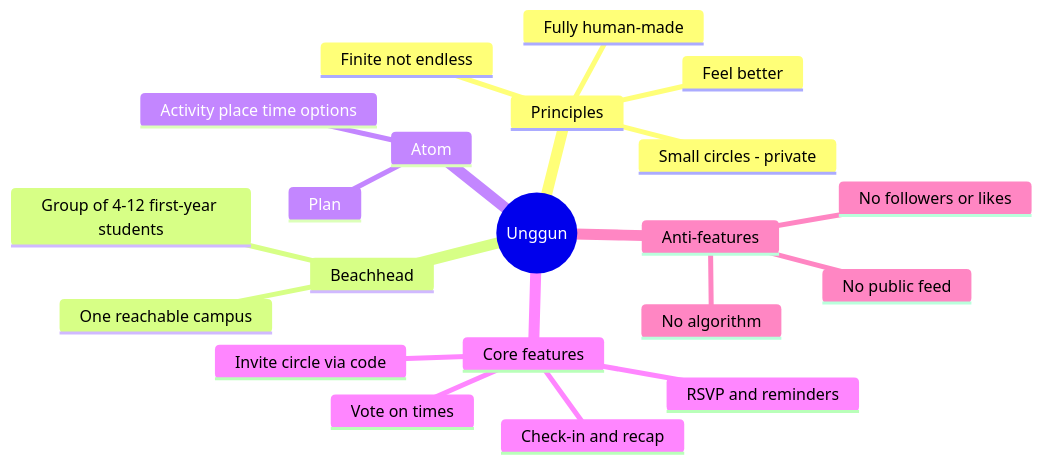
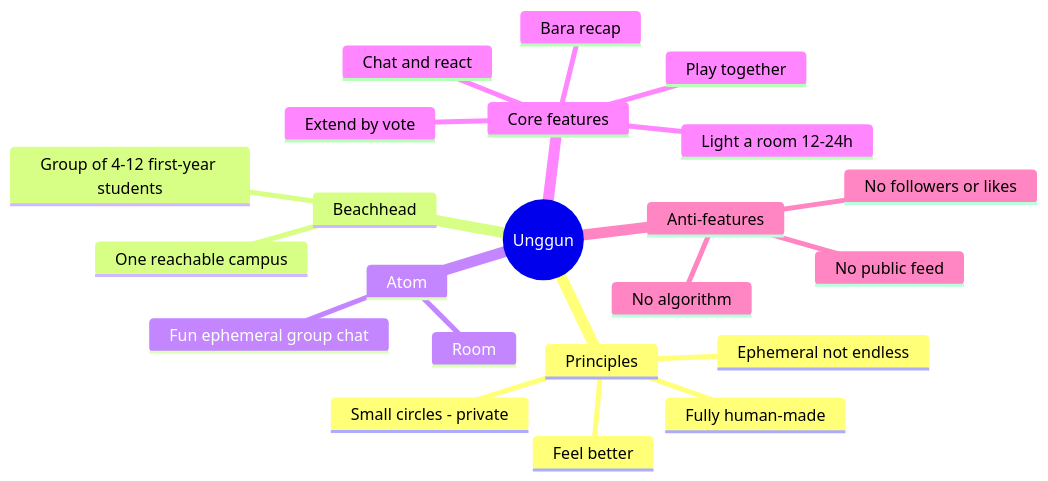
Before and after one commit to itsmhp/SocialMedia: the first of 3 diagrams in concept/README.md, drawn with Mermaid. The commit also changed other lines of this file and 6 other files, not shown here.

Commit message:
feat: extend-by-vote room mechanic + realign concept to chat-first

````diff
--- a/concept/README.md
+++ b/concept/README.md
@@ -23,24 +23,25 @@
 ```mermaid
 mindmap
   root((Unggun))
     Principles
       Fully human-made
       Small circles - private
-      Finite not endless
+      Ephemeral not endless
       Feel better
     Beachhead
       Group of 4-12 first-year students
       One reachable campus
     Atom
-      Plan
-      Activity place time options
+      Room
+      Fun ephemeral group chat
     Core features
-      Invite circle via code
-      Vote on times
-      RSVP and reminders
-      Check-in and recap
+      Light a room 12-24h
+      Chat and react
+      Play together
+      Extend by vote
+      Bara recap
     Anti-features
       No public feed
       No followers or likes
       No algorithm
 ```
````
